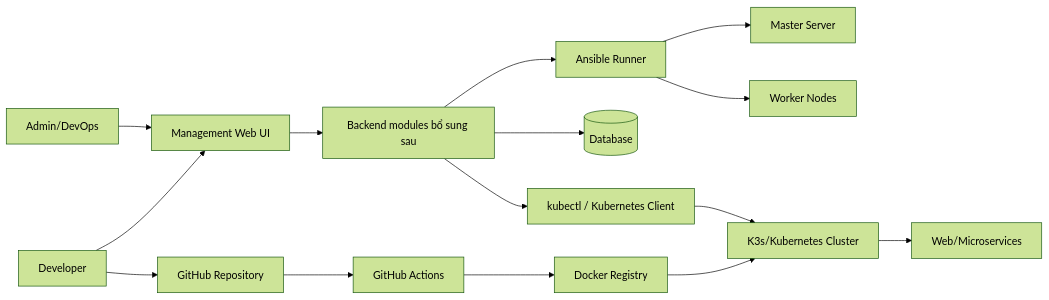
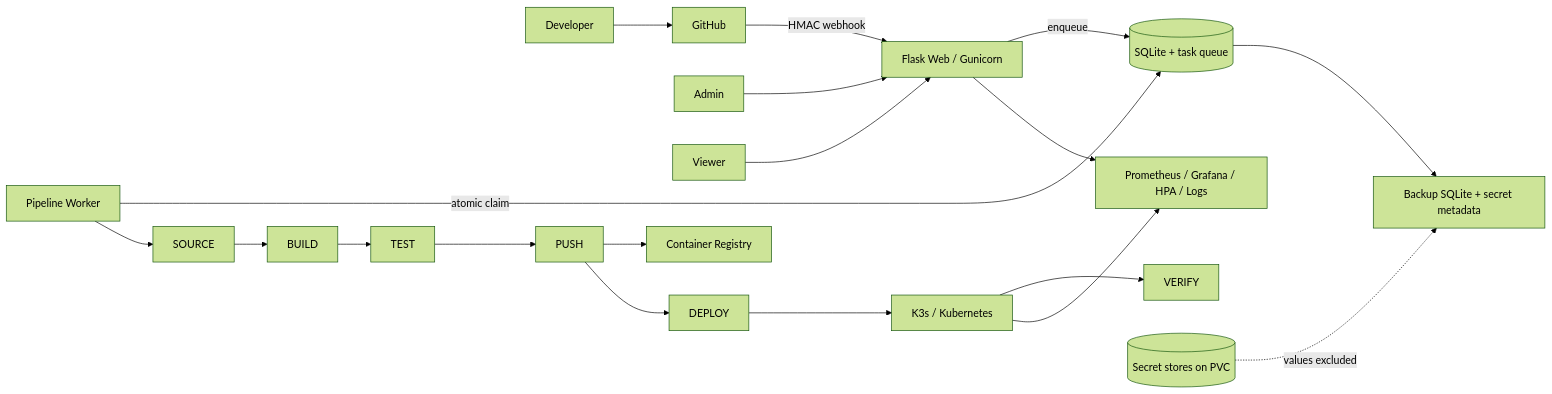
The diagram in Platform/docs/architecture.md (Khang0406/LuanVan), drawn with Mermaid (forest theme) before and after one commit. The commit also changed other lines of this file and 56 other files, not shown here.

````diff
--- a/Platform/docs/architecture.md
+++ b/Platform/docs/architecture.md
@@ -3,20 +5,21 @@
 ```mermaid
 flowchart LR
-    Dev[Developer] --> GitHub[GitHub Repository]
-    GitHub --> Actions[GitHub Actions]
-    Actions --> Registry[Docker Registry]
-
-    Admin[Admin/DevOps] --> Web[Management Web UI]
-    Dev --> Web
-
-    Web --> Backend[Backend modules bổ sung sau]
-    Backend --> DB[(Database)]
-    Backend --> Ansible[Ansible Runner]
-    Backend --> Kubectl[kubectl / Kubernetes Client]
-
-    Ansible --> Master[Master Server]
-    Ansible --> Worker[Worker Nodes]
-    Kubectl --> Cluster[K3s/Kubernetes Cluster]
-    Registry --> Cluster
-    Cluster --> Apps[Web/Microservices]
+    Developer[Developer] --> GitHub[GitHub]
+    GitHub -->|HMAC webhook| Web[Flask Web / Gunicorn]
+    Admin[Admin] --> Web
+    Viewer[Viewer] --> Web
+    Web -->|enqueue| SQLite[(SQLite + task queue)]
+    Worker[Pipeline Worker] -->|atomic claim| SQLite
+    Worker --> Source[SOURCE]
+    Source --> Build[BUILD]
+    Build --> Test[TEST]
+    Test --> Push[PUSH]
+    Push --> Registry[Container Registry]
+    Push --> Deploy[DEPLOY]
+    Deploy --> K8s[K3s / Kubernetes]
+    K8s --> Verify[VERIFY]
+    K8s --> Monitoring[Prometheus / Grafana / HPA / Logs]
+    Web --> Monitoring
+    SQLite --> Backup[Backup SQLite + secret metadata]
+    SecretStore[(Secret stores on PVC)] -. values excluded .-> Backup
 ```
````
